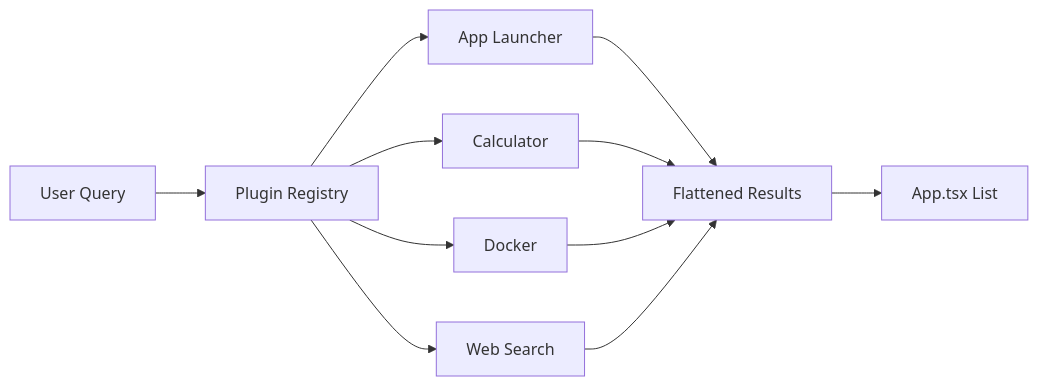
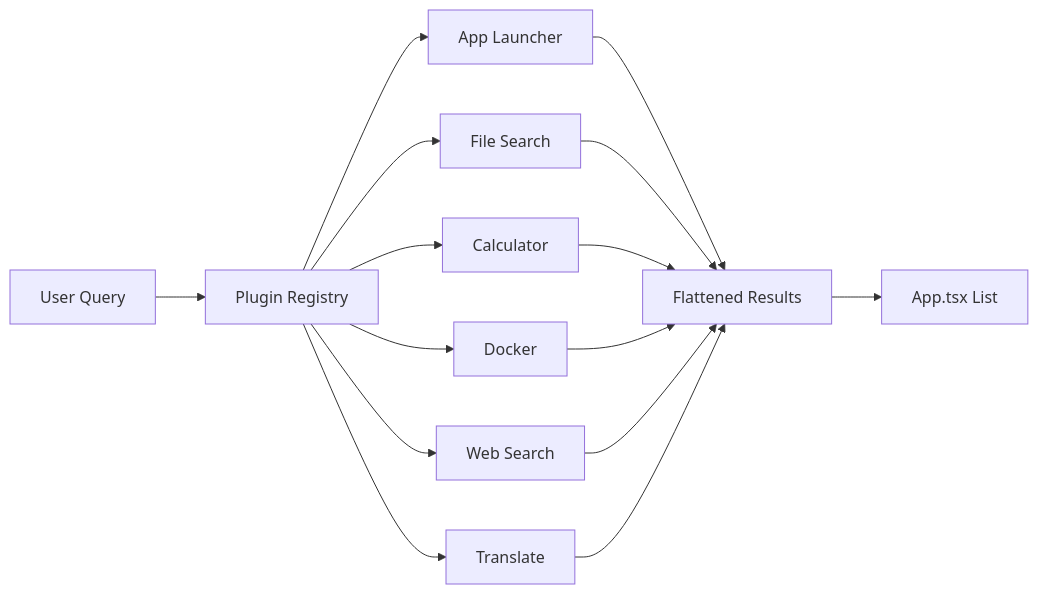
One commit to RickyDane/gquick changed the second of 2 diagrams in arch/README.md. Above: the diagram before and after it, drawn with Mermaid. The commit also changed other lines of this file and 39 other files, not shown here.

````diff
--- a/arch/README.md
+++ b/arch/README.md
@@ -57,13 +65,17 @@
 ```mermaid
 flowchart LR
     Query[User Query] --> Registry[Plugin Registry]
     Registry --> P1[App Launcher]
-    Registry --> P2[Calculator]
-    Registry --> P3[Docker]
-    Registry --> P4[Web Search]
+    Registry --> P2[File Search]
+    Registry --> P3[Calculator]
+    Registry --> P4[Docker]
+    Registry --> P5[Web Search]
+    Registry --> P6[Translate]
     P1 --> Results[Flattened Results]
     P2 --> Results
     P3 --> Results
     P4 --> Results
+    P5 --> Results
+    P6 --> Results
     Results --> UI[App.tsx List]
 ```
````
